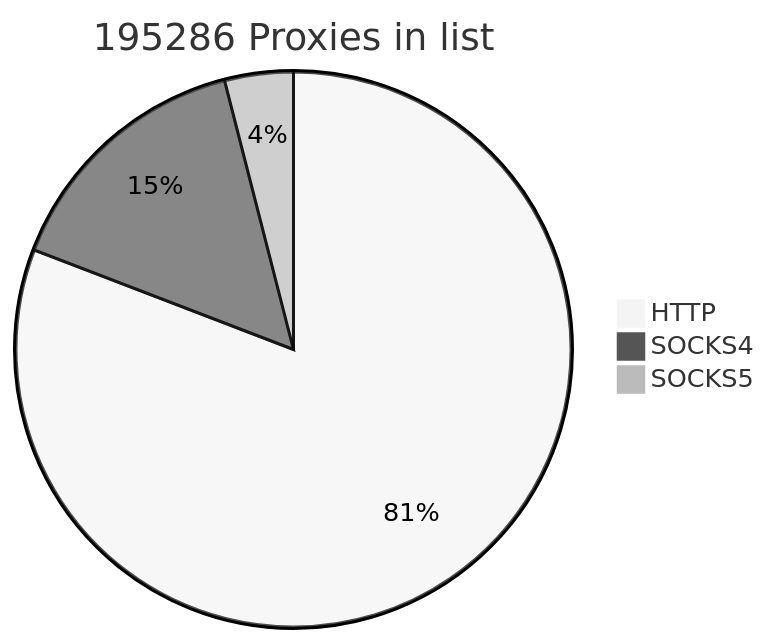
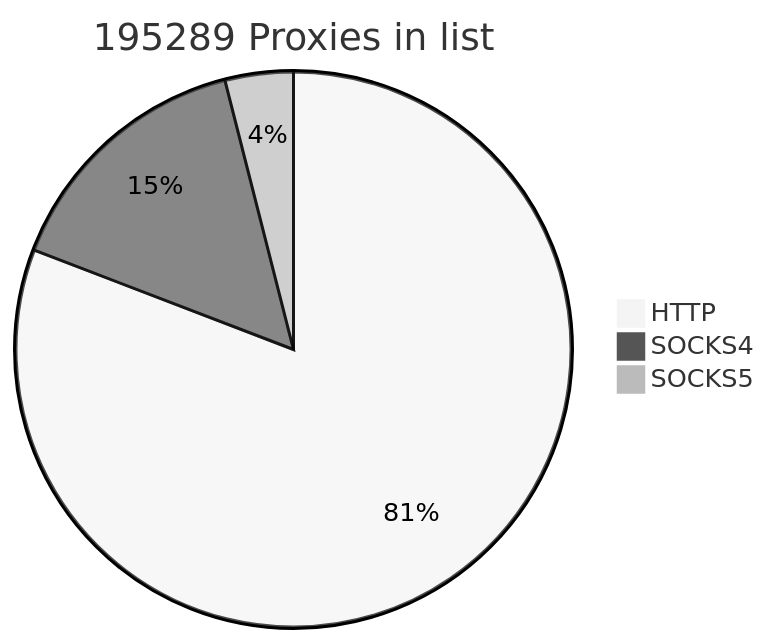
One commit to cutipu/proxylist changed the first of 2 diagrams in README.md. Above: the diagram before and after it, drawn with Mermaid (neutral theme). The commit also changed other lines of this file, not shown here.

````diff
--- a/README.md
+++ b/README.md
@@ -2,7 +2,7 @@
 ```mermaid
-pie title 195286 Proxies in list
-    "HTTP" : 157859
-    "SOCKS4" : 29626
-    "SOCKS5" : 7801
+pie title 195289 Proxies in list
+    "HTTP" : 157842
+    "SOCKS4" : 29694
+    "SOCKS5" : 7753
             
 ```
````
